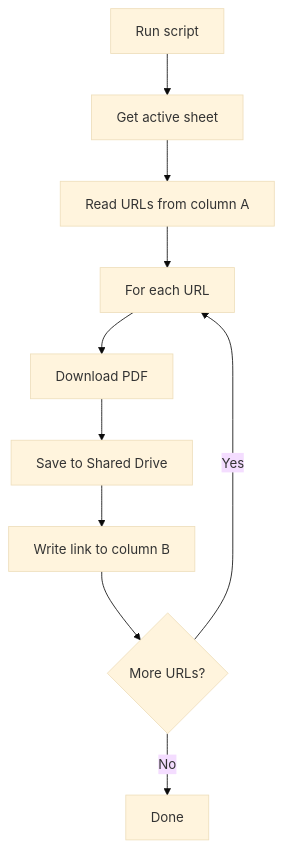
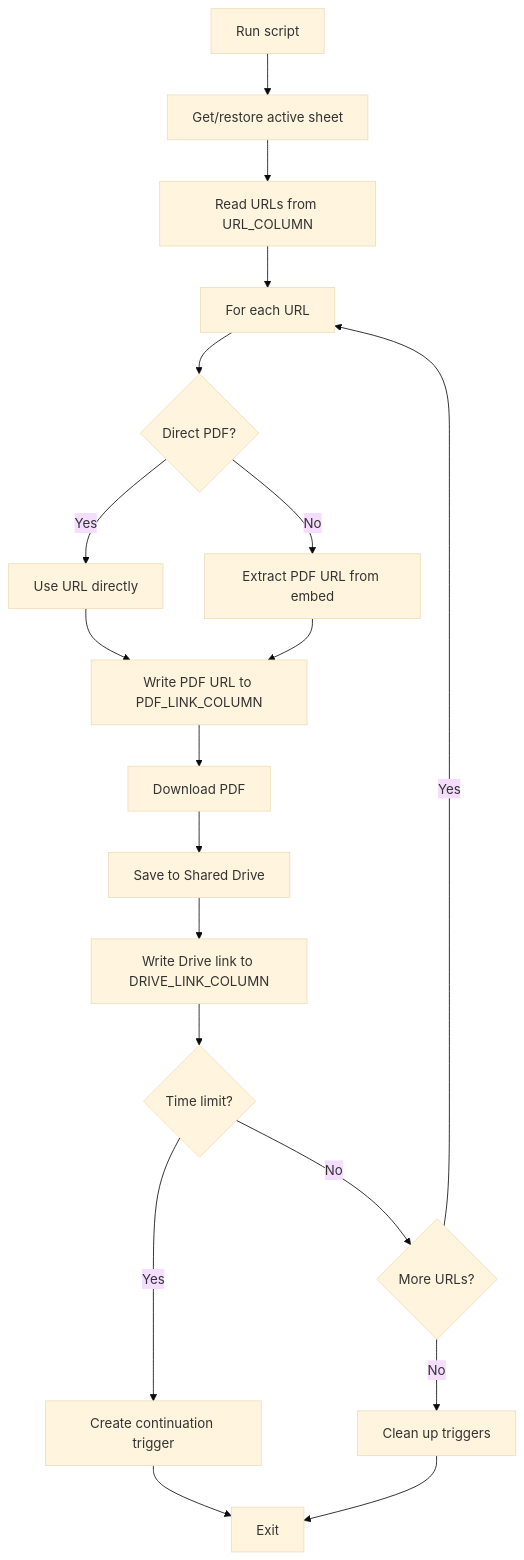
Before and after one commit to jonazri/drive-projects: the first of 2 diagrams in .kiro/specs/pdf-downloader-apps-script/design.md, drawn with Mermaid (base theme). The commit also changed other lines of this file and 7 other files, not shown here.

First line of the commit message:
feat(pdf-downloader): Implement robust PDF URL detection and processing

````diff
--- a/.kiro/specs/pdf-downloader-apps-script/design.md
+++ b/.kiro/specs/pdf-downloader-apps-script/design.md
@@ -11,12 +11,21 @@
 ```mermaid
 graph TD
-    A[Run script] --> B[Get active sheet]
-    B --> C[Read URLs from column A]
+    A[Run script] --> B[Get/restore active sheet]
+    B --> C[Read URLs from URL_COLUMN]
     C --> D[For each URL]
-    D --> E[Download PDF]
-    E --> F[Save to Shared Drive]
-    F --> G[Write link to column B]
-    G --> H{More URLs?}
-    H -->|Yes| D
-    H -->|No| I[Done]
+    D --> E{Direct PDF?}
+    E -->|Yes| F[Use URL directly]
+    E -->|No| G[Extract PDF URL from embed]
+    F --> H[Write PDF URL to PDF_LINK_COLUMN]
+    G --> H
+    H --> I[Download PDF]
+    I --> J[Save to Shared Drive]
+    J --> K[Write Drive link to DRIVE_LINK_COLUMN]
+    K --> L{Time limit?}
+    L -->|Yes| M[Create continuation trigger]
+    L -->|No| N{More URLs?}
+    N -->|Yes| D
+    N -->|No| O[Clean up triggers]
+    M --> P[Exit]
+    O --> P
 ```
````
